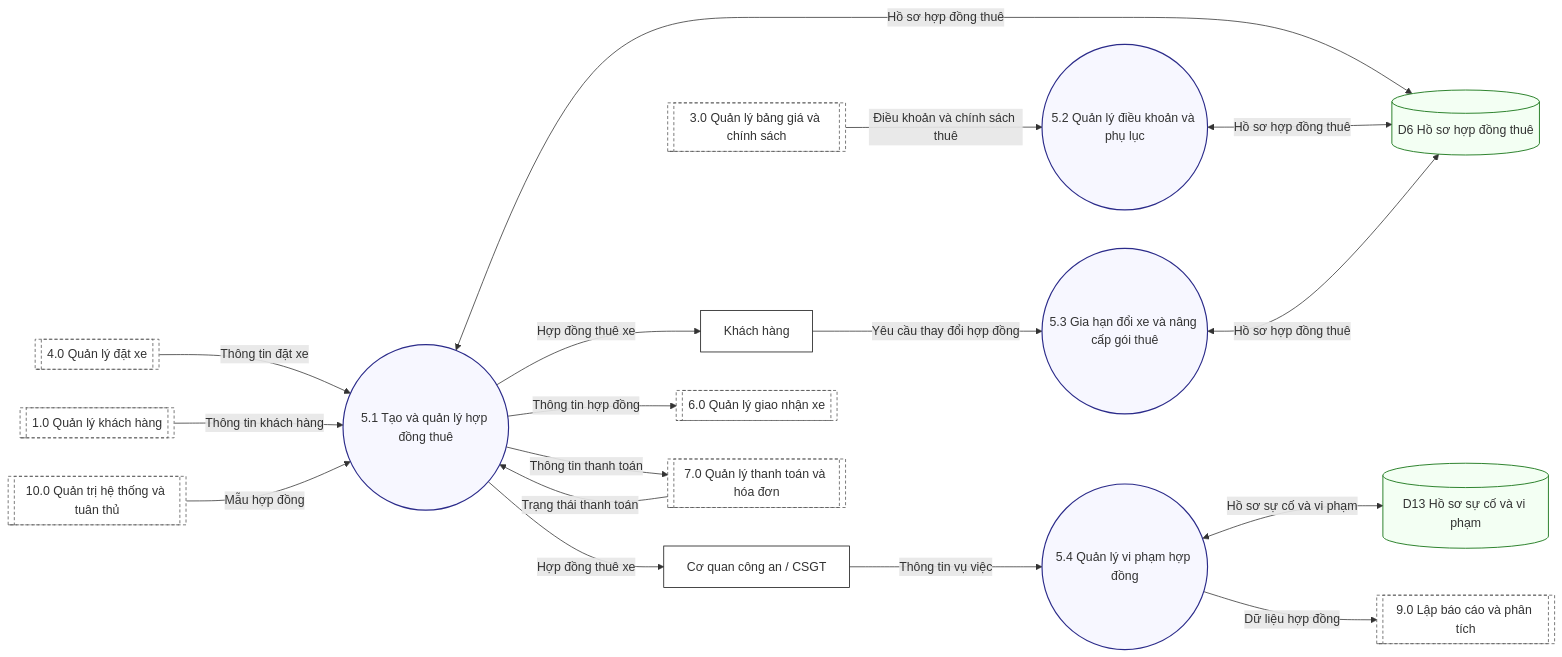
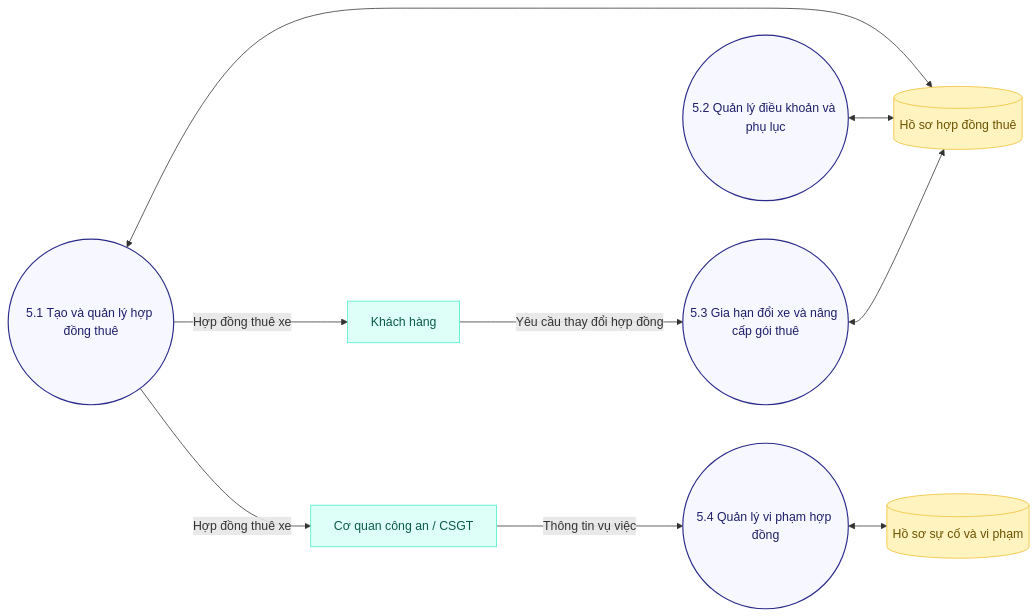
The diagram in Docs/UML/DFD_5.mmd (TriNguyenThanh/UCar), drawn with Mermaid before and after one commit. The commit also changed 58 other files, not shown here.

```diff
--- a/Docs/UML/DFD_5.mmd
+++ b/Docs/UML/DFD_5.mmd
@@ -1,45 +1,29 @@
 flowchart LR
-  classDef ext fill:#fff,stroke:#111,stroke-width:1px;
-  classDef proc fill:#f7f7ff,stroke:#2b2b8a,stroke-width:1.5px;
-  classDef store fill:#f3fff3,stroke:#1f7a1f,stroke-width:1.2px;
-  classDef internal fill:#fff,stroke:#555,stroke-width:1px,stroke-dasharray: 4 3;
+  classDef ext fill:#DEFFF8,stroke:#46EDC8,stroke-width:1px,color:#0b5b4a;
+  classDef proc fill:#f7f7ff,stroke:#2b2b8a,stroke-width:1.5px,color:#1f1f6b;
+  classDef store fill:#FFF3BF,stroke:#F2C94C,stroke-width:1.2px,color:#6b5200;
 
   KH[Khách hàng]:::ext
   CA[Cơ quan công an / CSGT]:::ext
 
-  P4i[[4.0 Quản lý đặt xe]]:::internal
-  P1i[[1.0 Quản lý khách hàng]]:::internal
-  P3i[[3.0 Quản lý bảng giá và chính sách]]:::internal
-  P6i[[6.0 Quản lý giao nhận xe]]:::internal
-  P7i[[7.0 Quản lý thanh toán và hóa đơn]]:::internal
-  P9i[[9.0 Lập báo cáo và phân tích]]:::internal
-  P10i[[10.0 Quản trị hệ thống và tuân thủ]]:::internal
 
-  D6[(D6 Hồ sơ hợp đồng thuê)]:::store
-  D13[(D13 Hồ sơ sự cố và vi phạm)]:::store
+  D6[(Hồ sơ hợp đồng thuê)]:::store
+  D13[(Hồ sơ sự cố và vi phạm)]:::store
 
   P51((5.1 Tạo và quản lý hợp đồng thuê)):::proc
   P52((5.2 Quản lý điều khoản và phụ lục)):::proc
   P53((5.3 Gia hạn đổi xe và nâng cấp gói thuê)):::proc
   P54((5.4 Quản lý vi phạm hợp đồng)):::proc
 
   KH -->|Yêu cầu thay đổi hợp đồng| P53
   CA -->|Thông tin vụ việc| P54
-  P7i -->|Trạng thái thanh toán| P51
 
-  P4i -->|Thông tin đặt xe| P51
-  P1i -->|Thông tin khách hàng| P51
-  P3i -->|Điều khoản và chính sách thuê| P52
-  P10i -->|Mẫu hợp đồng| P51
 
-  P51 <--> |Hồ sơ hợp đồng thuê| D6
-  P52 <--> |Hồ sơ hợp đồng thuê| D6
-  P53 <--> |Hồ sơ hợp đồng thuê| D6
+  P51 <--> D6
+  P52 <--> D6
+  P53 <--> D6
 
-  P54 <--> |Hồ sơ sự cố và vi phạm| D13
+  P54 <--> D13
 
   P51 -->|Hợp đồng thuê xe| KH
   P51 -->|Hợp đồng thuê xe| CA
-  P51 -->|Thông tin hợp đồng| P6i
-  P51 -->|Thông tin thanh toán| P7i
-  P54 -->|Dữ liệu hợp đồng| P9i
```
